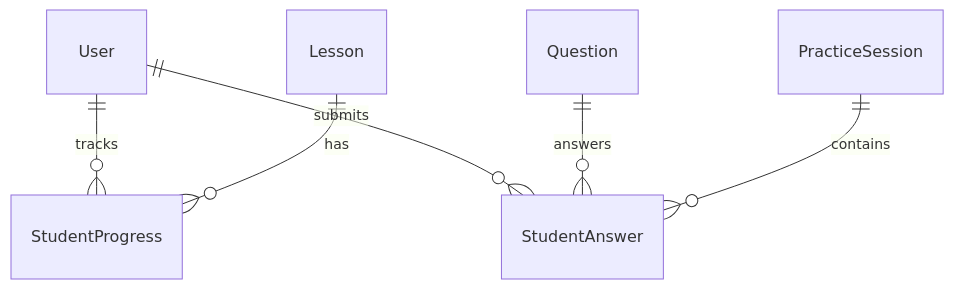
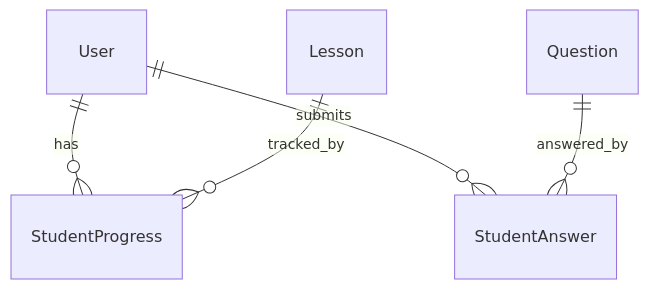
Before and after one commit to philongdanh/lms: the diagram in docs/specs/02-modules/learning/data.md, drawn with Mermaid. The commit also changed other lines of this file and 53 other files, not shown here.

````diff
--- a/docs/specs/02-modules/learning/data.md
+++ b/docs/specs/02-modules/learning/data.md
@@ -68,14 +63,12 @@
 ```mermaid
 ---
 config:
   themeVariables:
     fontFamily: "EB Garamond"
 ---
 erDiagram
-    User ||--o{ StudentProgress : "tracks"
-    Lesson ||--o{ StudentProgress : "has"
-
+    User ||--o{ StudentProgress : "has"
+    Lesson ||--o{ StudentProgress : "tracked_by"
     User ||--o{ StudentAnswer : "submits"
-    Question ||--o{ StudentAnswer : "answers"
-    PracticeSession ||--o{ StudentAnswer : "contains"
+    Question ||--o{ StudentAnswer : "answered_by"
 ```
````
